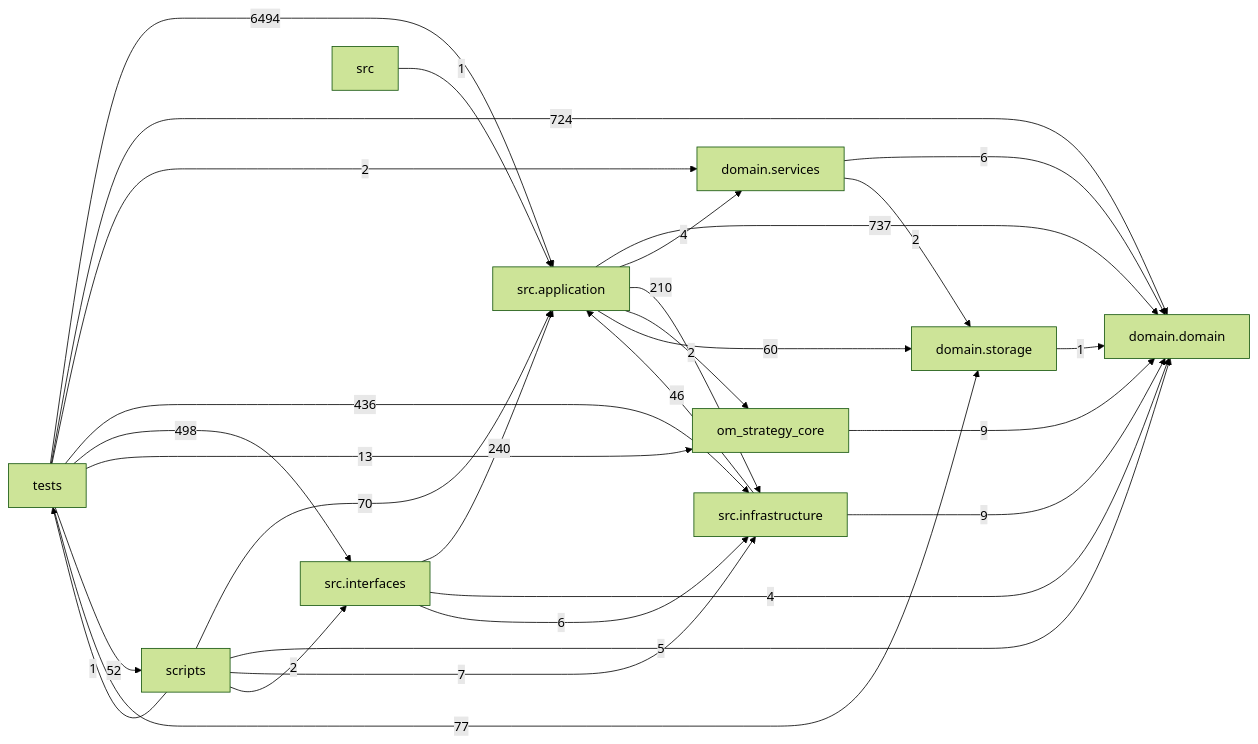
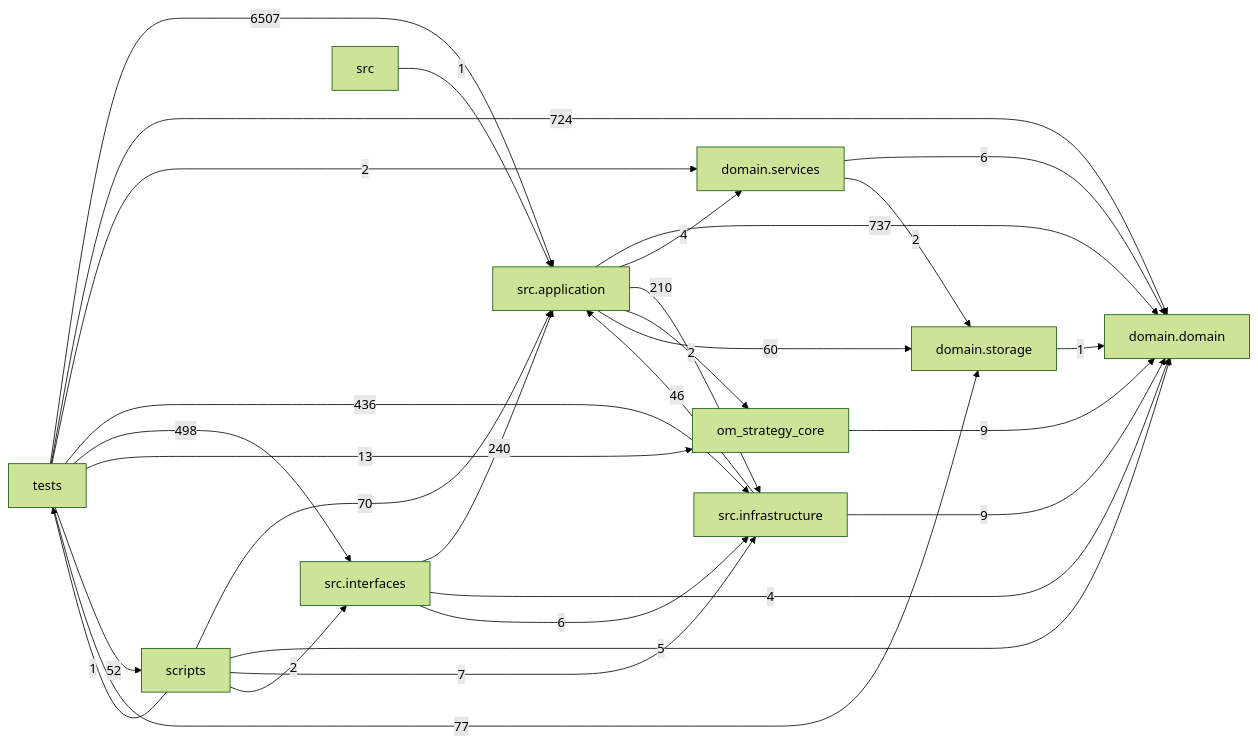
The diagram in docs/DEPENDENCY_GRAPH.md (liuxie066/options-monitor), drawn with Mermaid (forest theme) before and after one commit. The commit also changed other lines of this file and 6 other files, not shown here.

````diff
--- a/docs/DEPENDENCY_GRAPH.md
+++ b/docs/DEPENDENCY_GRAPH.md
@@ -24,39 +24,39 @@
 ```mermaid
 flowchart LR
   tests["tests"]
   scripts["scripts"]
   interfaces["src.interfaces"]
   application["src.application"]
   infrastructure["src.infrastructure"]
   domain_services["domain.services"]
   domain["domain.domain"]
   storage["domain.storage"]
   application -->|737| domain
   application -->|4| domain_services
   application -->|210| infrastructure
   application -->|2| om_strategy_core
   application -->|60| storage
   domain_services -->|6| domain
   domain_services -->|2| storage
   infrastructure -->|46| application
   infrastructure -->|9| domain
   interfaces -->|240| application
   interfaces -->|4| domain
   interfaces -->|6| infrastructure
   om_strategy_core -->|9| domain
   scripts -->|70| application
   scripts -->|5| domain
   scripts -->|7| infrastructure
   scripts -->|2| interfaces
   scripts -->|1| tests
   src -->|1| application
   storage -->|1| domain
-  tests -->|6494| application
+  tests -->|6507| application
   tests -->|724| domain
   tests -->|2| domain_services
   tests -->|436| infrastructure
   tests -->|498| interfaces
   tests -->|13| om_strategy_core
   tests -->|52| scripts
   tests -->|77| storage
 ```
````
